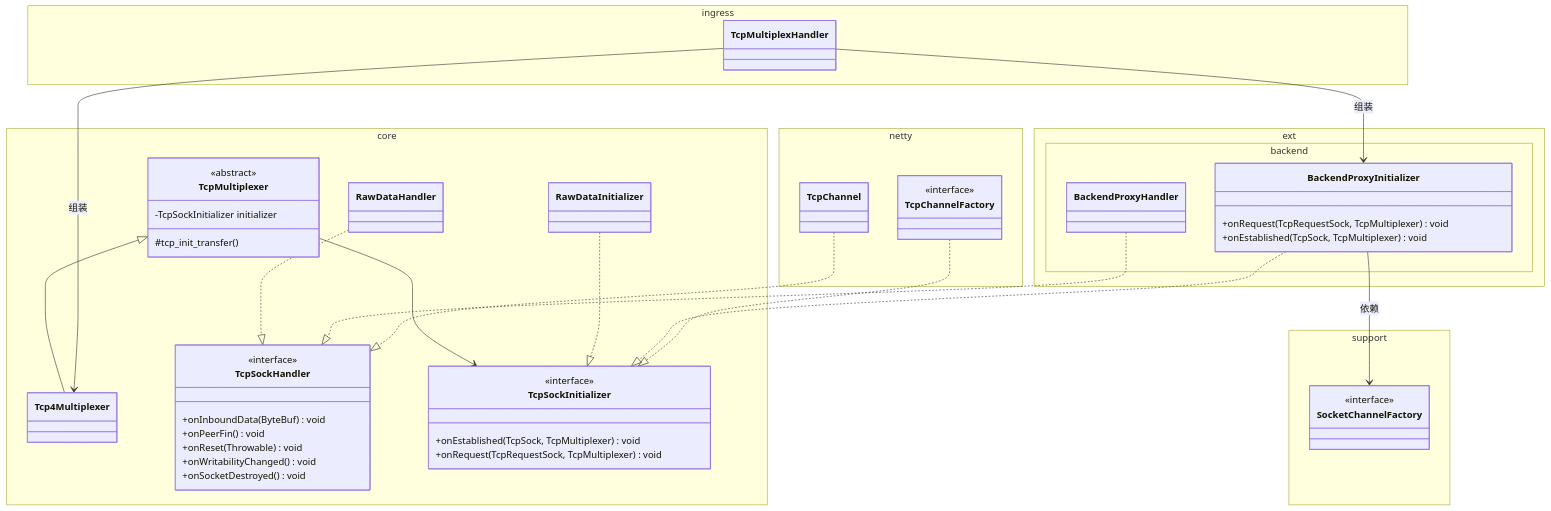
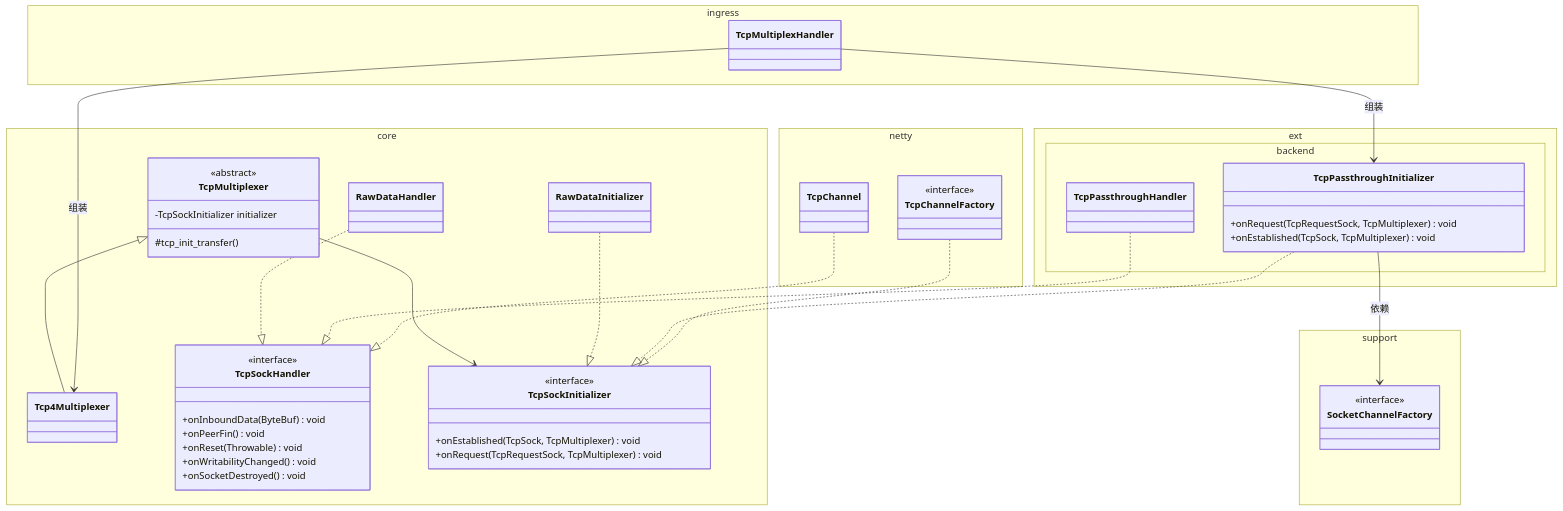
One commit to vacoor/pangolin changed the third of 3 diagrams in docs/tcp/tcp.hook.md. Above: the diagram before and after it, drawn with Mermaid. The commit also changed other lines of this file and 47 other files, not shown here.

````diff
--- a/docs/tcp/tcp.hook.md
+++ b/docs/tcp/tcp.hook.md
@@ -241,59 +241,59 @@
 ```mermaid
 classDiagram
     namespace core {
         class TcpMultiplexer {
             <<abstract>>
             -TcpSockInitializer initializer
             #tcp_init_transfer()
         }
         class Tcp4Multiplexer
         class TcpSockHandler {
             <<interface>>
             +onInboundData(ByteBuf) void
             +onPeerFin() void
             +onReset(Throwable) void
             +onWritabilityChanged() void
             +onSocketDestroyed() void
         }
         class TcpSockInitializer {
             <<interface>>
             +onEstablished(TcpSock, TcpMultiplexer) void
             +onRequest(TcpRequestSock, TcpMultiplexer) void
         }
         class RawDataHandler
         class RawDataInitializer
     }
     namespace netty {
         class TcpChannel
         class TcpChannelFactory {
             <<interface>>
         }
     }
     namespace ext.backend {
-        class BackendProxyHandler
-        class BackendProxyInitializer {
+        class TcpPassthroughHandler
+        class TcpPassthroughInitializer {
             +onRequest(TcpRequestSock, TcpMultiplexer) void
             +onEstablished(TcpSock, TcpMultiplexer) void
         }
     }
     namespace support {
         class SocketChannelFactory {
             <<interface>>
         }
     }
     namespace ingress {
         class TcpMultiplexHandler
     }
 
     TcpMultiplexer <|-- Tcp4Multiplexer
     TcpMultiplexer --> TcpSockInitializer
     RawDataHandler ..|> TcpSockHandler
     RawDataInitializer ..|> TcpSockInitializer
-    BackendProxyHandler ..|> TcpSockHandler
-    BackendProxyInitializer ..|> TcpSockInitializer
+    TcpPassthroughHandler ..|> TcpSockHandler
+    TcpPassthroughInitializer ..|> TcpSockInitializer
     TcpChannelFactory ..|> TcpSockInitializer
     TcpChannel ..|> TcpSockHandler
-    BackendProxyInitializer --> SocketChannelFactory : 依赖
-    TcpMultiplexHandler --> BackendProxyInitializer : 组装
+    TcpPassthroughInitializer --> SocketChannelFactory : 依赖
+    TcpMultiplexHandler --> TcpPassthroughInitializer : 组装
     TcpMultiplexHandler --> Tcp4Multiplexer : 组装
 ```
````
